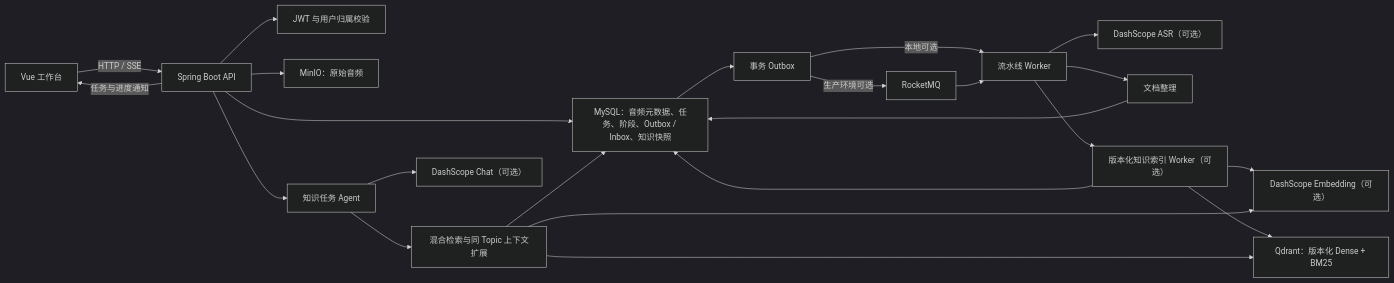
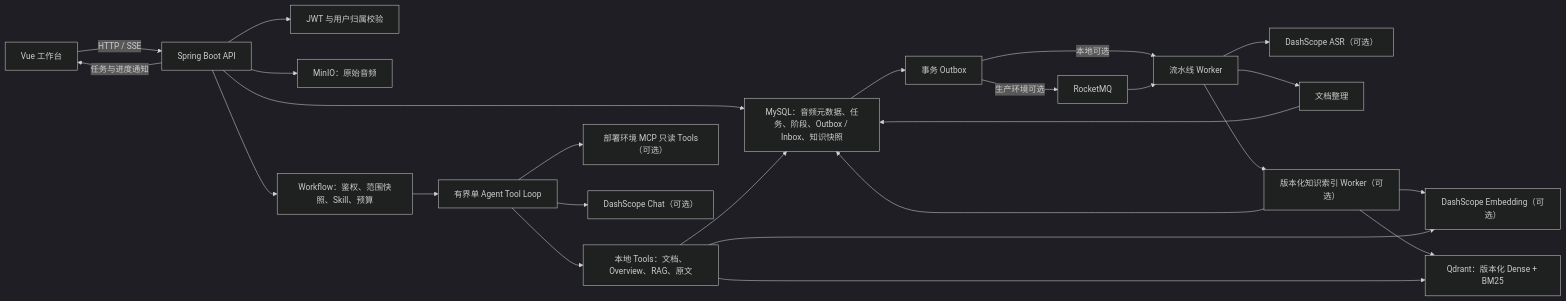
The diagram in README.md (normalform3/voice-note), drawn with Mermaid (dark theme) before and after one commit. The commit also changed other lines of this file and 96 other files, not shown here.

Commit message:
feat：agent问答，skill，mcp；说话人手动校准

````diff
--- a/README.md
+++ b/README.md
@@ -32,28 +34,30 @@
 ```mermaid
 flowchart LR
     Browser["Vue 工作台"] -->|"HTTP / SSE"| Api["Spring Boot API"]
     Api --> Auth["JWT 与用户归属校验"]
     Api --> Mysql["MySQL：音频元数据、任务、阶段、Outbox / Inbox、知识快照"]
     Api --> Storage["MinIO：原始音频"]
 
     Mysql --> Outbox["事务 Outbox"]
     Outbox -->|"生产环境可选"| Mq["RocketMQ"]
     Outbox -->|"本地可选"| Workers["流水线 Worker"]
     Mq --> Workers
 
     Workers --> Asr["DashScope ASR（可选）"]
     Workers --> Organizer["文档整理"]
     Organizer --> Mysql
     Workers --> Indexer["版本化知识索引 Worker（可选）"]
     Indexer --> Mysql
     Indexer --> Embed["DashScope Embedding（可选）"]
     Indexer --> Qdrant["Qdrant：版本化 Dense + BM25"]
 
-    Api --> Agent["知识任务 Agent"]
-    Agent --> Search["混合检索与同 Topic 上下文扩展"]
+    Api --> Workflow["Workflow：鉴权、范围快照、Skill、预算"]
+    Workflow --> Agent["有界单 Agent Tool Loop"]
+    Agent --> Search["本地 Tools：文档、Overview、RAG、原文"]
+    Agent --> Mcp["部署环境 MCP 只读 Tools（可选）"]
     Search --> Embed
     Search --> Qdrant
     Search --> Mysql
     Agent --> Chat["DashScope Chat（可选）"]
     Api -->|"任务与进度通知"| Browser
 ```
````
